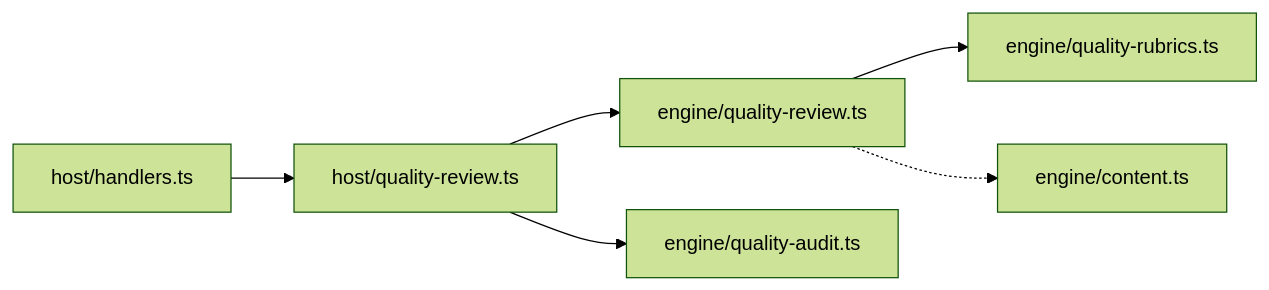
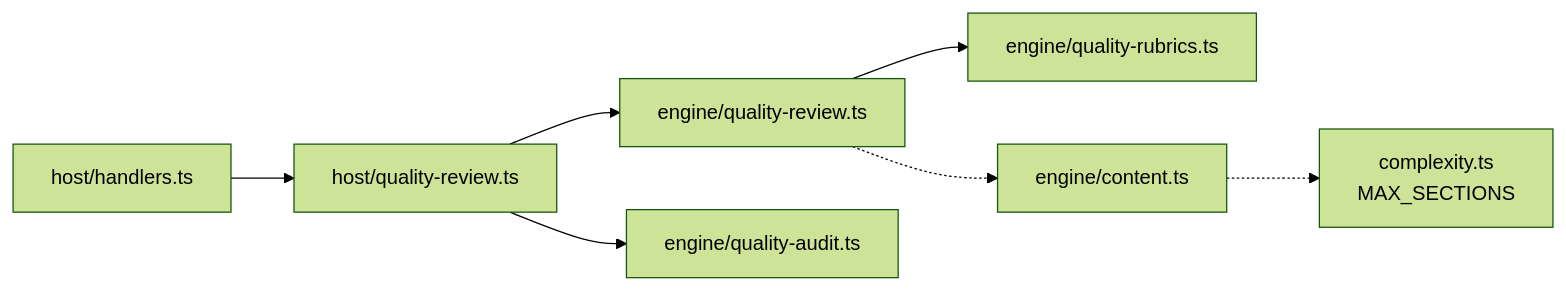
One commit to maozhijie/learnhub-plugin changed the seventh of 7 diagrams in .qoder/repowiki/zh/content/内容生成流水线/质量审核系统/质量审核系统.md. Above: the diagram before and after it, drawn with Mermaid (forest theme). The commit also changed other lines of this file and 8 other files, not shown here.

````diff
--- a/.qoder/repowiki/zh/content/内容生成流水线/质量审核系统/质量审核系统.md
+++ b/.qoder/repowiki/zh/content/内容生成流水线/质量审核系统/质量审核系统.md
@@ -221,8 +264,9 @@
 ```mermaid
 graph LR
 H["host/handlers.ts"] --> HR["host/quality-review.ts"]
 HR --> ER["engine/quality-review.ts"]
 HR --> EA["engine/quality-audit.ts"]
 ER --> QR["engine/quality-rubrics.ts"]
 ER -.-> CT["engine/content.ts"]
+CT -.-> CM["complexity.ts<br/>MAX_SECTIONS"]
 ```
````
